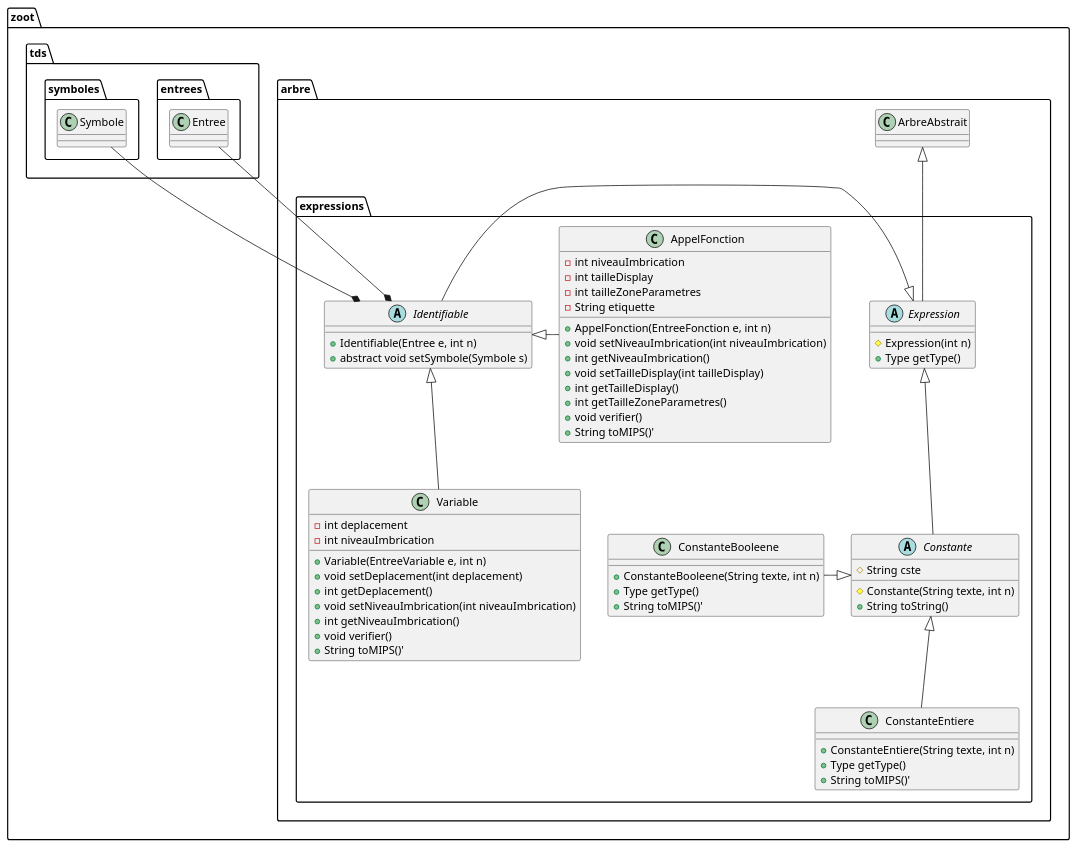
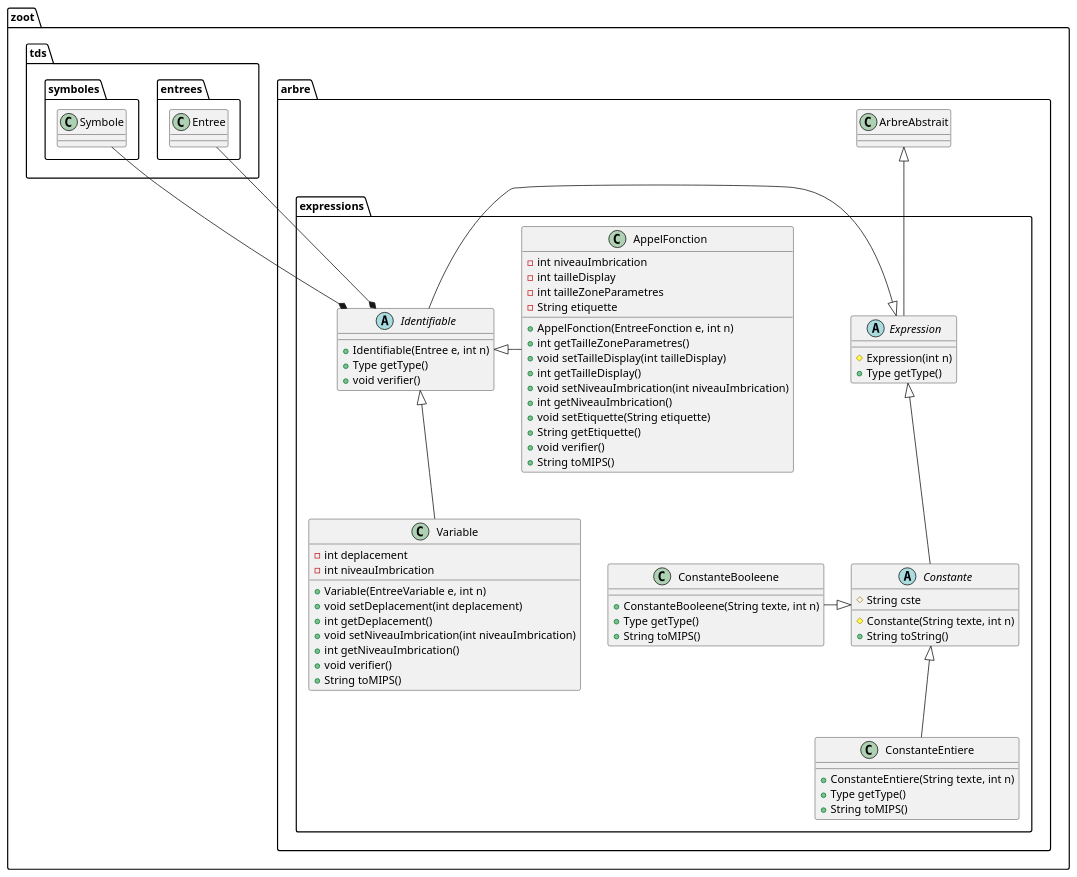
The diagram in diagrammes/classe/expressions.puml (lmtb06/zoot), drawn with PlantUML before and after one commit.

Commit message:
Modification du package expressions du diagramme de classe.
# Détails :
 - Ajout de nouvelles fonctions
 - Suppression de certaines fonctions comme setSymbole de Identifiable
 - Réarrangement de l'ordre de certaines fonctions

# Remarques :
 - J'ai enlevé les ' et je compte le faire pour les autres packages dans les commits suivants, ça ne veut pas dire que j'ai implémenté les fonctions, c'est juste pour faire un cleanup, dans tous les cas faudra revoir le code côte à côte avec le diagramme.

```diff
--- a/diagrammes/classe/expressions.puml
+++ b/diagrammes/classe/expressions.puml
@@ -1,71 +1,74 @@
 @startuml "Package expressions"
 namespace zoot.arbre.expressions {
     ' Includes
     ' Classes
     abstract class Expression {
         # Expression(int n)
         + Type getType()
     }
 
     abstract class Constante {
         # String cste
         # Constante(String texte, int n)
         + String toString()
     }
 
     class ConstanteEntiere {
         + ConstanteEntiere(String texte, int n)
         + Type getType()
-        + String toMIPS()'
+        + String toMIPS()
     }
 
     class ConstanteBooleene {
         + ConstanteBooleene(String texte, int n)
         + Type getType()
-        + String toMIPS()'
+        + String toMIPS()
 
     }
 
     abstract class Identifiable {
         + Identifiable(Entree e, int n)
-        + abstract void setSymbole(Symbole s)
+        + Type getType()
+        + void verifier()
     }
 
     class Variable {
         - int deplacement
         - int niveauImbrication
         + Variable(EntreeVariable e, int n)
         + void setDeplacement(int deplacement)
         + int getDeplacement()
         + void setNiveauImbrication(int niveauImbrication)
         + int getNiveauImbrication()
         + void verifier()
-        + String toMIPS()'
+        + String toMIPS()
     }
 
     class AppelFonction {
         - int niveauImbrication
         - int tailleDisplay
         - int tailleZoneParametres
         - String etiquette
         + AppelFonction(EntreeFonction e, int n)
+        + int getTailleZoneParametres()
+        + void setTailleDisplay(int tailleDisplay)
+        + int getTailleDisplay()
         + void setNiveauImbrication(int niveauImbrication)
         + int getNiveauImbrication()
-        + void setTailleDisplay(int tailleDisplay)
-        + int getTailleDisplay()
-        + int getTailleZoneParametres()
+        + void setEtiquette(String etiquette)
+        + String getEtiquette()
         + void verifier()
-        + String toMIPS()'
+        + String toMIPS()
     }
     ' Relations entre les classes
     Expression -up-|> zoot.arbre.ArbreAbstrait
     Constante -up-|> Expression
     ConstanteEntiere -up-|> Constante
     ConstanteBooleene -right-|> Constante
     Identifiable *-up- zoot.tds.entrees.Entree
     Identifiable *-up- zoot.tds.symboles.Symbole
     Identifiable -left-|> Expression
     Variable -up-|> Identifiable
     AppelFonction -left-|> Identifiable
 }
 @enduml
```
